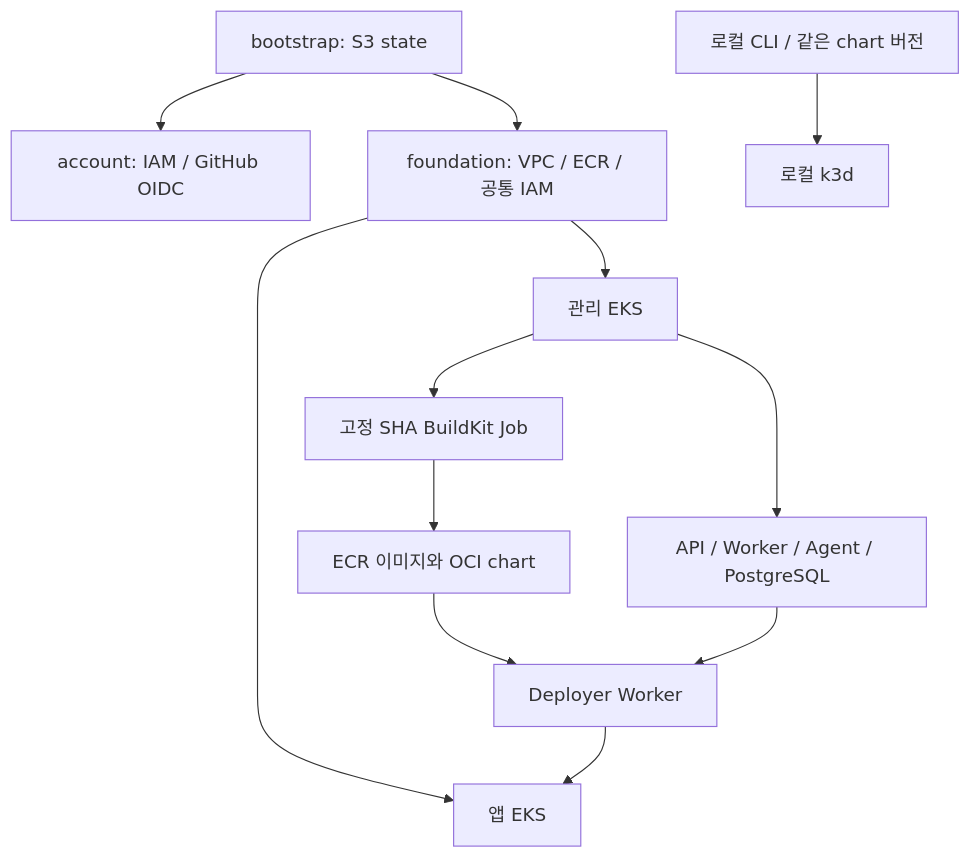
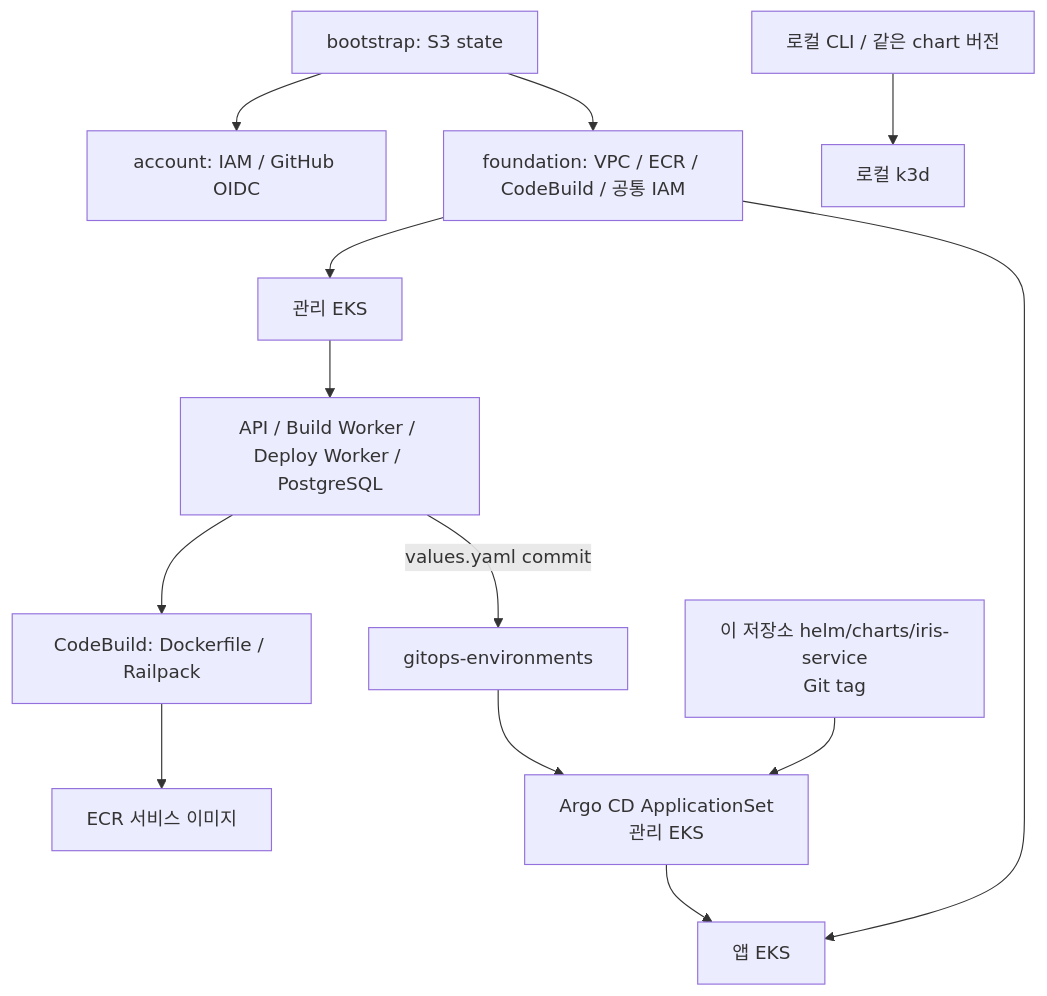
The diagram in docs/architecture.md (2026-softbank-1/iris-infra), drawn with Mermaid before and after one commit. The commit also changed other lines of this file and 24 other files, not shown here.

First line of the commit message:
feat(helm): implement iris-service chart and adopt GitOps deployment

````diff
--- a/docs/architecture.md
+++ b/docs/architecture.md
@@ -8,14 +8,15 @@
 ```mermaid
 flowchart TD
   Bootstrap[bootstrap: S3 state] --> Account[account: IAM / GitHub OIDC]
-  Bootstrap --> Foundation[foundation: VPC / ECR / 공통 IAM]
+  Bootstrap --> Foundation[foundation: VPC / ECR / CodeBuild / 공통 IAM]
   Foundation --> Management[관리 EKS]
   Foundation --> Workload[앱 EKS]
-  Management --> Platform[API / Worker / Agent / PostgreSQL]
-  Management --> Build[고정 SHA BuildKit Job]
-  Build --> ECR[ECR 이미지와 OCI chart]
-  ECR --> Worker[Deployer Worker]
-  Platform --> Worker
-  Worker --> Workload
+  Management --> Platform[API / Build Worker / Deploy Worker / PostgreSQL]
+  Platform --> Build[CodeBuild: Dockerfile / Railpack]
+  Build --> ECR[ECR 서비스 이미지]
+  Platform -->|values.yaml commit| GitOps[gitops-environments]
+  Chart[이 저장소 helm/charts/iris-service<br/>Git tag] --> Argo[Argo CD ApplicationSet<br/>관리 EKS]
+  GitOps --> Argo
+  Argo --> Workload
   CLI[로컬 CLI / 같은 chart 버전] --> Local[로컬 k3d]
 ```
````
